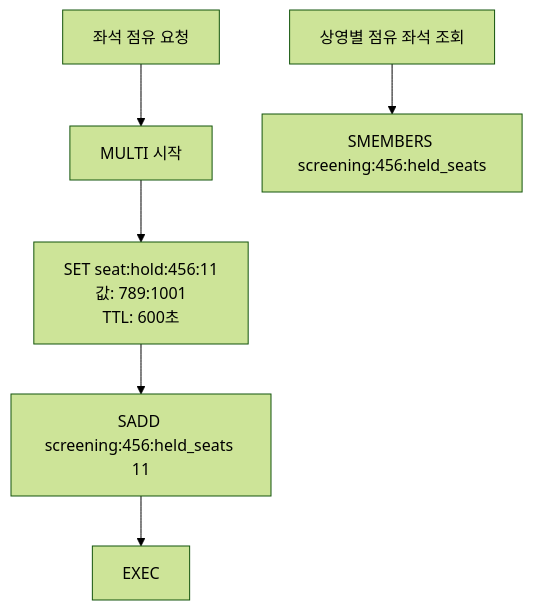
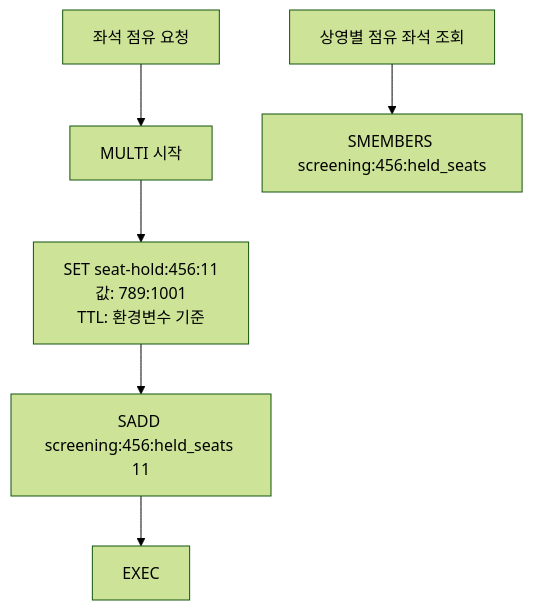
The fourth of 16 diagrams in architect.md (kangjuhyup/gc-project), drawn with Mermaid (forest theme) before and after one commit. The commit also changed other lines of this file, not shown here.

````diff
--- a/architect.md
+++ b/architect.md
@@ -511,13 +586,13 @@
 ```mermaid
 flowchart TD
     A["좌석 점유 요청"]
     B["MULTI 시작"]
-    C["SET seat:hold:456:11<br/>값: 789:1001<br/>TTL: 600초"]
+    C["SET seat-hold:456:11<br/>값: 789:1001<br/>TTL: 환경변수 기준"]
     D["SADD screening:456:held_seats 11"]
     E["EXEC"]
     F["상영별 점유 좌석 조회"]
     G["SMEMBERS screening:456:held_seats"]
 
     A --> B --> C --> D --> E
     F --> G
 ```
````
